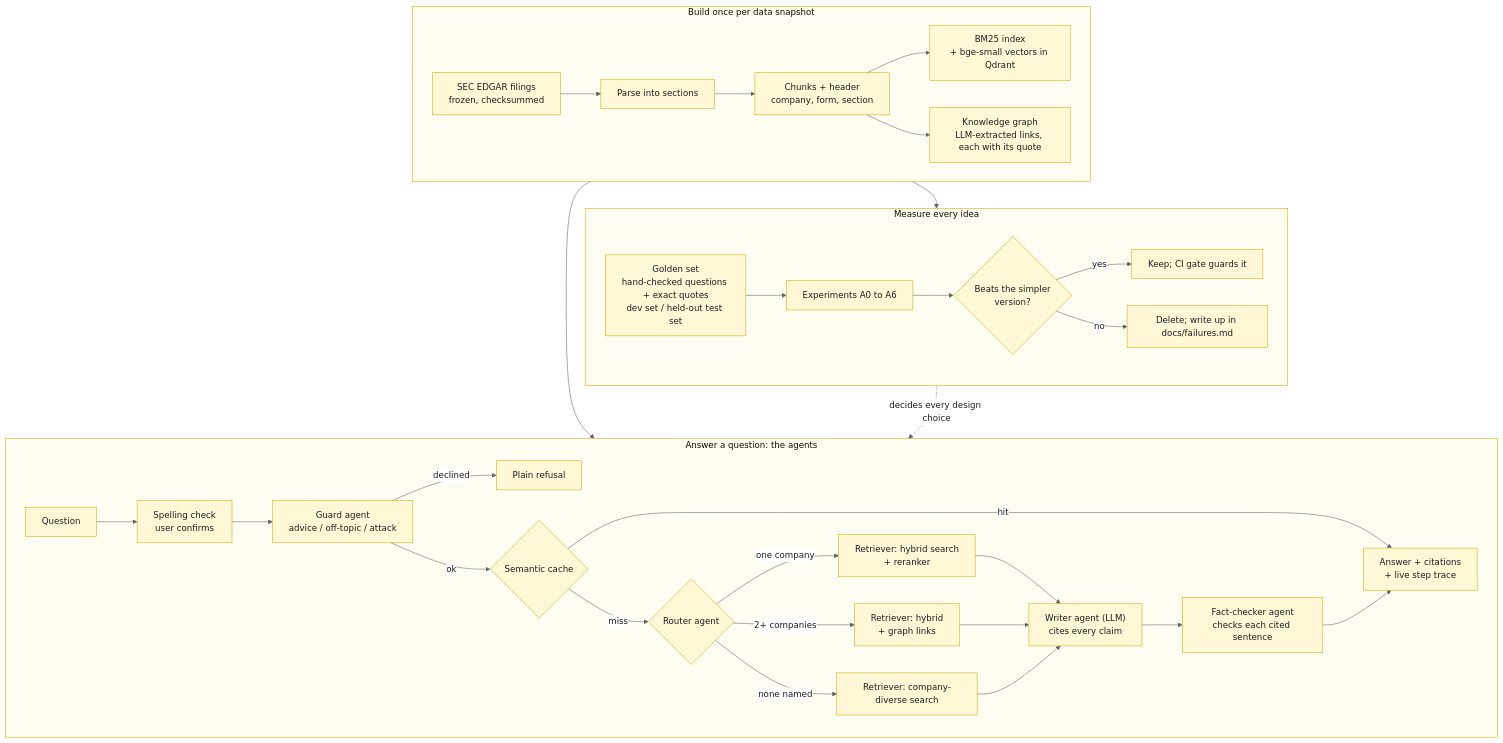
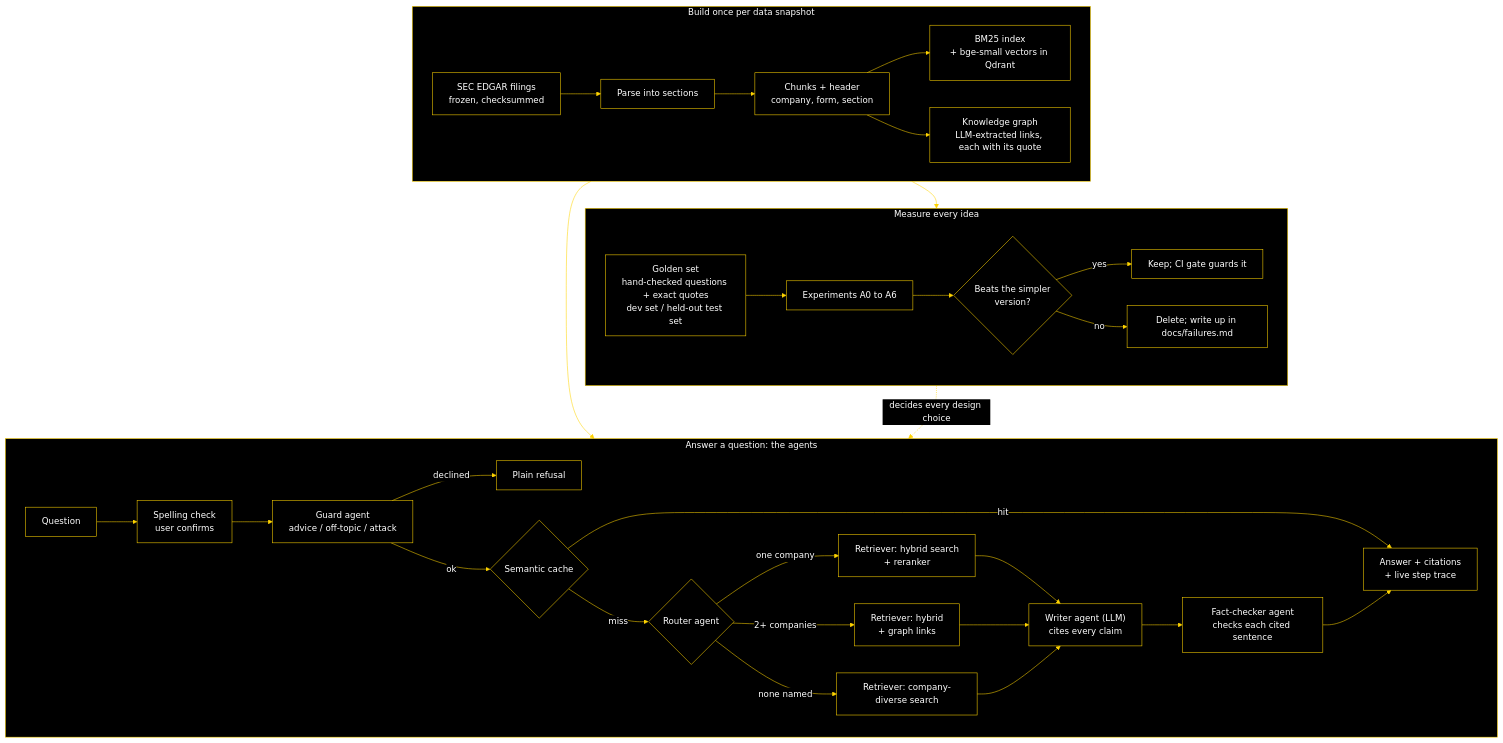
One commit to ATHARVA-87/kHop changed the diagram in README.md. Above: the diagram before and after it, drawn with Mermaid. The commit also changed other lines of this file and 1 other file, not shown here.

Commit message:
README: no screenshot (owner); diagram restyled to black boxes, white text, yellow borders and arrows

````diff
--- a/README.md
+++ b/README.md
@@ -24,36 +22,36 @@
 ```mermaid
-%%{init: {"theme": "base", "themeVariables": {"primaryColor": "#FFF8D6", "primaryBorderColor": "#D4A800", "primaryTextColor": "#1C1E21", "lineColor": "#5B6068", "clusterBkg": "#FFFDF2", "clusterBorder": "#D4A800", "edgeLabelBackground": "#FFFFFF"}}}%%
+%%{init: {"theme": "base", "themeVariables": {"primaryColor": "#000000", "mainBkg": "#000000", "primaryTextColor": "#FFFFFF", "nodeTextColor": "#FFFFFF", "textColor": "#FFFFFF", "primaryBorderColor": "#FFD400", "nodeBorder": "#FFD400", "secondaryColor": "#000000", "tertiaryColor": "#000000", "lineColor": "#FFD400", "clusterBkg": "#000000", "clusterBorder": "#FFD400", "titleColor": "#FFFFFF", "edgeLabelBackground": "#000000", "actorBkg": "#000000", "actorBorder": "#FFD400", "actorTextColor": "#FFFFFF", "actorLineColor": "#FFD400", "signalColor": "#FFD400", "signalTextColor": "#FFFFFF", "noteBkgColor": "#000000", "noteTextColor": "#FFFFFF", "noteBorderColor": "#FFD400", "labelBoxBkgColor": "#000000", "labelBoxBorderColor": "#FFD400", "labelTextColor": "#FFFFFF", "loopTextColor": "#FFFFFF"}}}%%
 flowchart TB
     subgraph BUILD["Build once per data snapshot"]
         direction LR
         E["SEC EDGAR filings<br/>frozen, checksummed"] --> P["Parse into sections"]
         P --> CH["Chunks + header<br/>company, form, section"]
         CH --> IX["BM25 index<br/>+ bge-small vectors in Qdrant"]
         CH --> KG["Knowledge graph<br/>LLM-extracted links, each with its quote"]
     end
     subgraph EVAL["Measure every idea"]
         direction LR
         GS["Golden set<br/>hand-checked questions + exact quotes<br/>dev set / held-out test set"] --> EX["Experiments A0 to A6"]
         EX --> K{"Beats the simpler<br/>version?"}
         K -- "yes" --> KEEP["Keep; CI gate guards it"]
         K -- "no" --> DROP["Delete; write up in docs/failures.md"]
     end
     subgraph ASK["Answer a question: the agents"]
         direction LR
         Q["Question"] --> S["Spelling check<br/>user confirms"]
         S --> G["Guard agent<br/>advice / off-topic / attack"]
         G -- "declined" --> REF["Plain refusal"]
         G -- "ok" --> C{"Semantic cache"}
         C -- "hit" --> A["Answer + citations<br/>+ live step trace"]
         C -- "miss" --> R{"Router agent"}
         R -- "one company" --> L["Retriever: hybrid search<br/>+ reranker"]
         R -- "2+ companies" --> M["Retriever: hybrid<br/>+ graph links"]
         R -- "none named" --> W["Retriever: company-diverse search"]
         L & M & W --> Wr["Writer agent (LLM)<br/>cites every claim"]
         Wr --> V["Fact-checker agent<br/>checks each cited sentence"]
         V --> A
     end
     BUILD --> ASK
     BUILD --> EVAL
     EVAL -.->|"decides every design choice"| ASK
 ```
````
